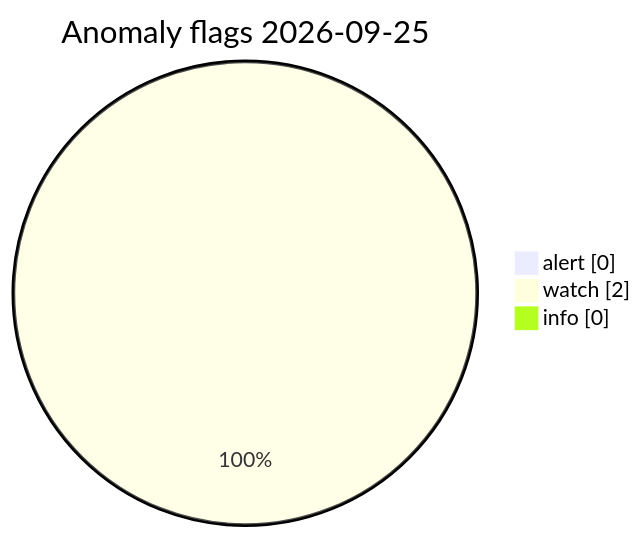
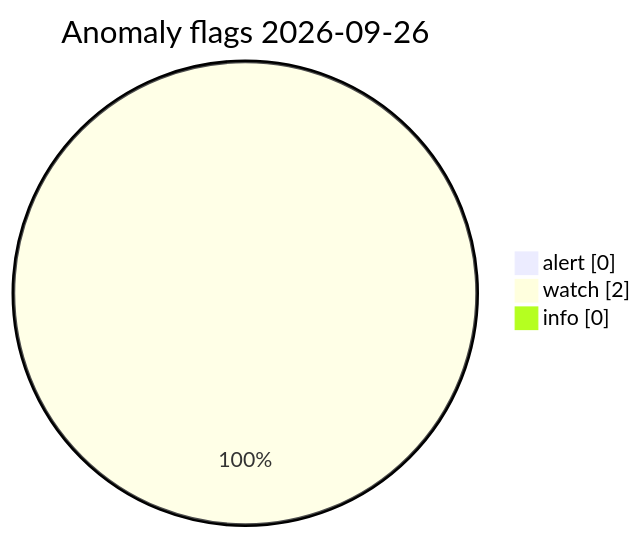
Before and after one commit to Midwest-Stratospheric/Unified-Open-Global-Weather: the diagram in visuals/latest/CHARTS.md, drawn with Mermaid. The commit also changed other lines of this file and 11 other files, not shown here.

Commit message:
data(visuals): automated charts 2026-09-26T11:29Z

````diff
--- a/visuals/latest/CHARTS.md
+++ b/visuals/latest/CHARTS.md
@@ -73,7 +73,7 @@
 ```mermaid
 pie showData
-  title Anomaly flags 2026-09-25
+  title Anomaly flags 2026-09-26
   "alert" : 0
   "watch" : 2
   "info" : 0
 ```
````
